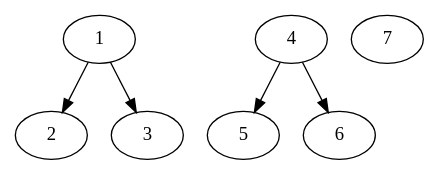
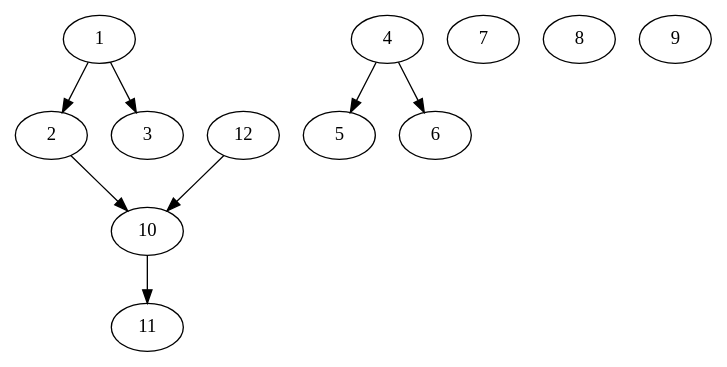
The diagram in check_jgrapht_spl/graph.dot (corradomio/java_projects), drawn with Graphviz before and after one commit. The commit also changed 10 other files, not shown here.

```diff
--- a/check_jgrapht_spl/graph.dot
+++ b/check_jgrapht_spl/graph.dot
@@ -1,13 +1,21 @@
 strict digraph G {
   1 [ label="1" ];
   2 [ label="2" ];
   3 [ label="3" ];
   4 [ label="4" ];
   5 [ label="5" ];
   6 [ label="6" ];
   7 [ label="7" ];
+  8 [ label="8" ];
+  9 [ label="9" ];
+  10 [ label="10" ];
+  11 [ label="11" ];
+  12 [ label="12" ];
   1 -> 2;
+  2 -> 10;
+  10 -> 11;
+  12 -> 10;
   1 -> 3;
   4 -> 5;
   4 -> 6;
 }
```
